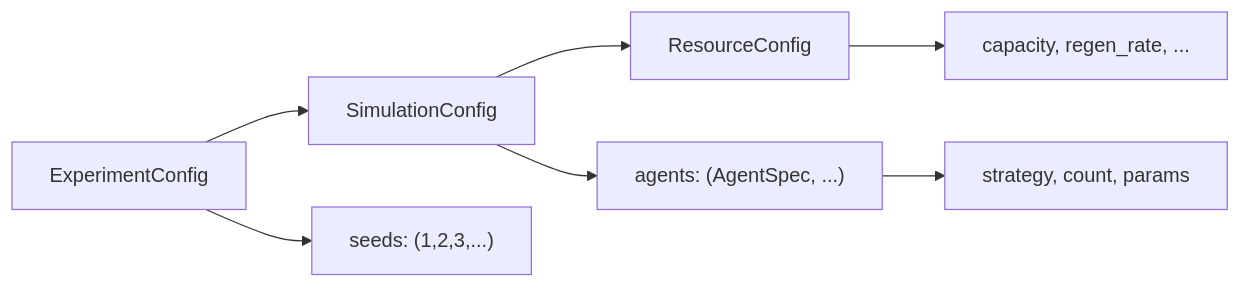
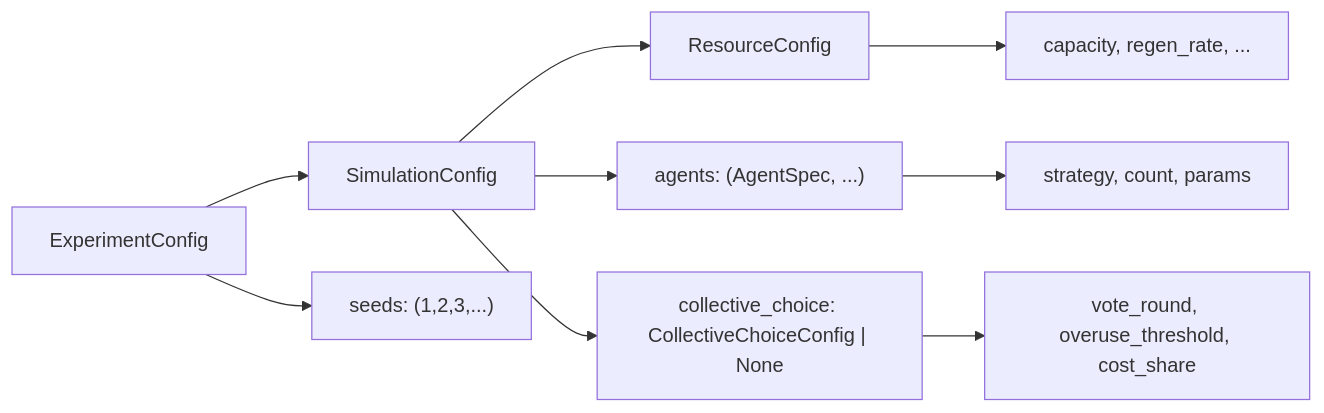
One commit to loonaarc/wfp2 changed the third of 6 diagrams in docs/code-walkthrough.md. Above: the diagram before and after it, drawn with Mermaid. The commit also changed other lines of this file and 25 other files, not shown here.

First line of the commit message:
Implement collective-choice enforcement mechanism (ADR-0011) and associated experiment (E13)

````diff
--- a/docs/code-walkthrough.md
+++ b/docs/code-walkthrough.md
@@ -125,9 +127,11 @@
 ```mermaid
 flowchart LR
     EC[ExperimentConfig] --> SC[SimulationConfig]
     EC --> seeds["seeds: (1,2,3,...)"]
     SC --> RC[ResourceConfig]
     SC --> AS["agents: (AgentSpec, ...)"]
+    SC --> CC["collective_choice: CollectiveChoiceConfig | None"]
     AS --> spec["strategy, count, params"]
     RC --> rc["capacity, regen_rate, ..."]
+    CC --> ccf["vote_round, overuse_threshold, cost_share"]
 ```
````
